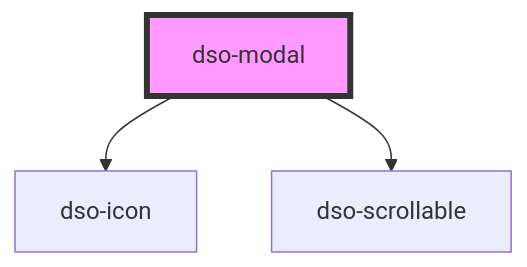
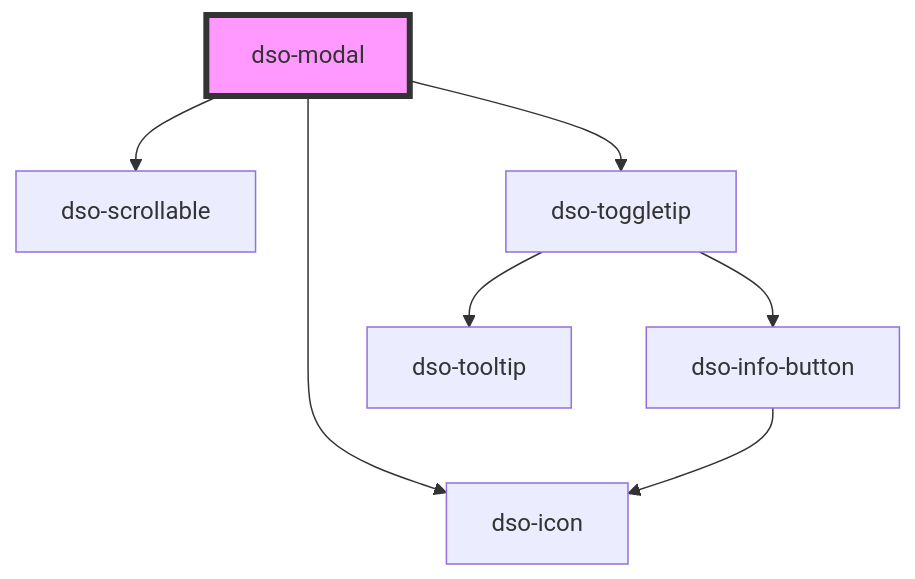
The diagram in packages/core/src/components/modal/readme.md (dso-toolkit/dso-toolkit), drawn with Mermaid before and after one commit. The commit also changed other lines of this file and 4 other files, not shown here.

````diff
--- a/packages/core/src/components/modal/readme.md
+++ b/packages/core/src/components/modal/readme.md
@@ -34,6 +35,10 @@
 ```mermaid
 graph TD;
   dso-modal --> dso-icon
   dso-modal --> dso-scrollable
+  dso-modal --> dso-toggletip
+  dso-toggletip --> dso-info-button
+  dso-toggletip --> dso-tooltip
+  dso-info-button --> dso-icon
   style dso-modal fill:#f9f,stroke:#333,stroke-width:4px
 ```
````
